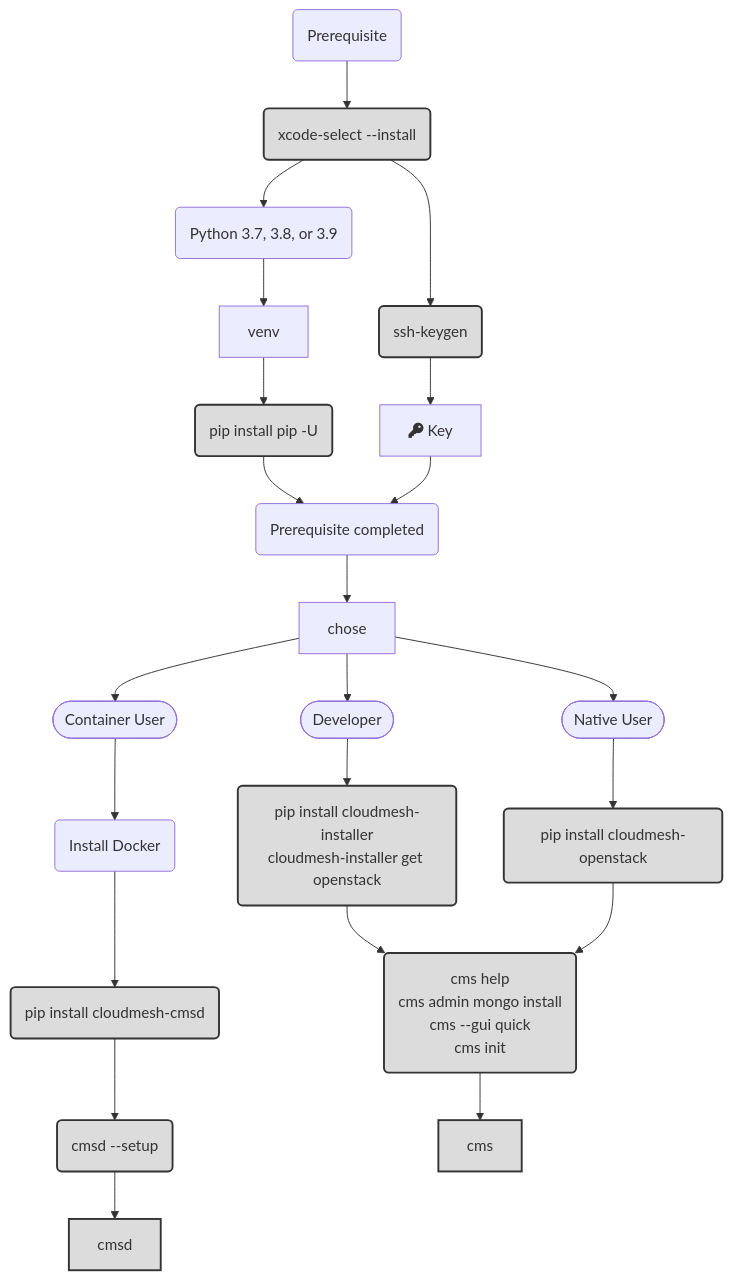
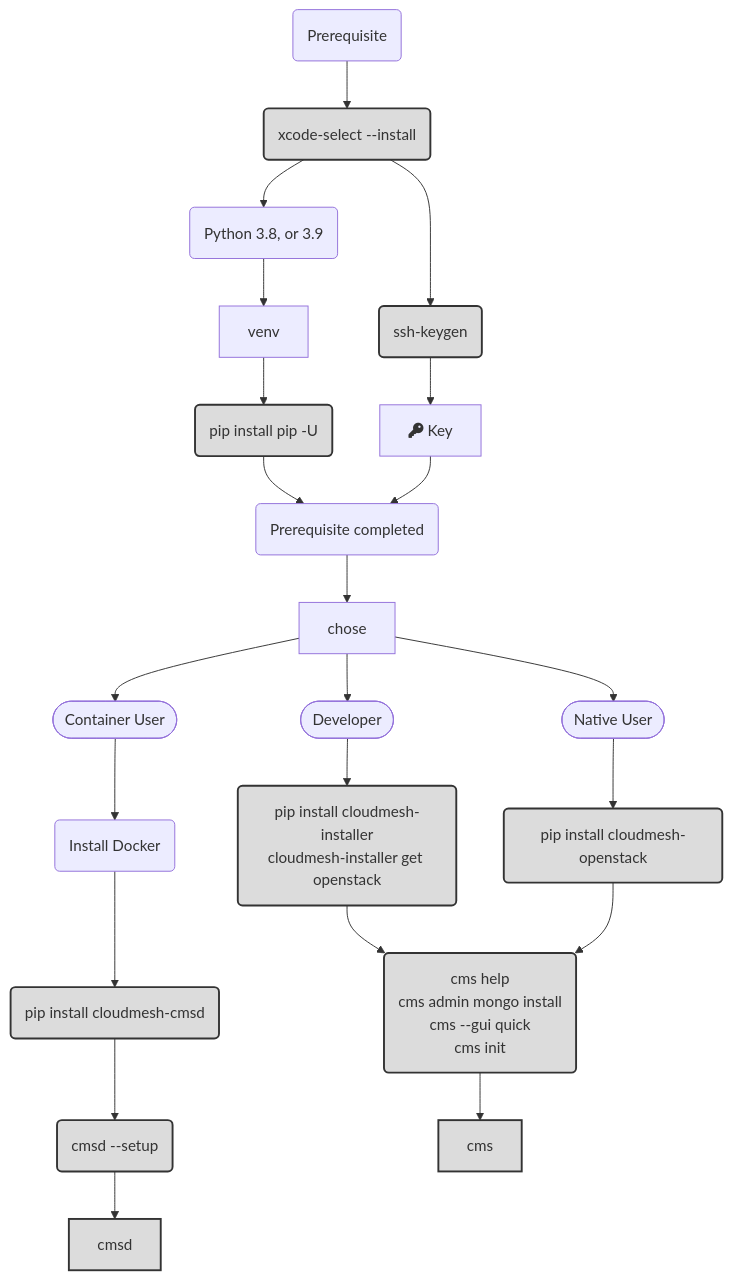
The diagram in docs-source/source/installation/os/install-macos.rst (cloudmesh/cloudmesh-manual), drawn with Mermaid before and after one commit. The commit also changed other lines of this file and 227 other files, not shown here.

```diff
--- a/docs-source/source/installation/os/install-macos.rst
+++ b/docs-source/source/installation/os/install-macos.rst
@@ -50,40 +50,40 @@
 .. mermaid::
 
    graph TD
       A(Prerequisite) --> xcode(xcode-select --install)
-      xcode --> python(Python 3.7, 3.8, or 3.9)
+      xcode --> python(Python 3.8, or 3.9)
       python --> venv
       venv --> pip(pip install pip -U)
       pip --> install(Prerequisite completed)
       key --> install
       xcode --> keygen(ssh-keygen)
       keygen -->key[fa:fa-key Key]
       install --> chose
 
       chose-->cuser([Container User])
       chose-->nuser([Native User])
       chose-->duser([Developer])
 
       duser-->dev(pip install cloudmesh-installer<br/>cloudmesh-installer get openstack)
       nuser-->user(pip install cloudmesh-openstack)
 
       cuser--> idocker(Install Docker)
       idocker--> container(pip install cloudmesh-cmsd)
       setup(cms help<br/>cms admin mongo install<br/>cms --gui quick<br/>cms init)
       dev-->setup
       user-->setup
       container-->setupd(cmsd --setup)
 
       setup-->cms
       setupd-->cmsd
 
       style xcode fill:gainsboro,stroke:#333,stroke-width:2px
       style keygen fill:gainsboro,stroke:#333,stroke-width:2px
       style dev fill:gainsboro,stroke:#333,stroke-width:2px
       style user fill:gainsboro,stroke:#333,stroke-width:2px
       style container fill:gainsboro,stroke:#333,stroke-width:2px
       style setup fill:gainsboro,stroke:#333,stroke-width:2px
       style setupd fill:gainsboro,stroke:#333,stroke-width:2px
       style cms fill:gainsboro,stroke:#333,stroke-width:2px
       style cmsd fill:gainsboro,stroke:#333,stroke-width:2px
       style pip fill:gainsboro,stroke:#333,stroke-width:2px
```
